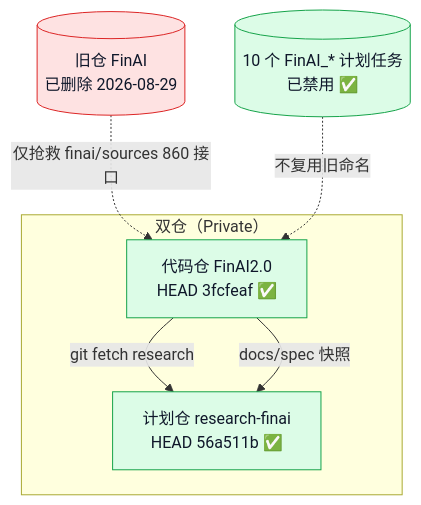
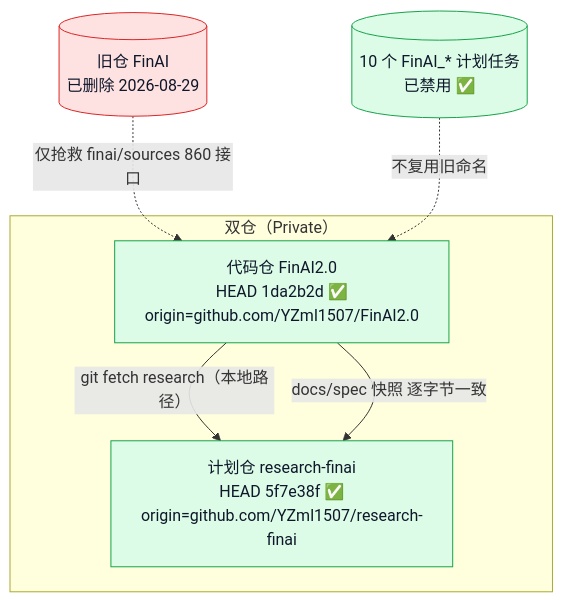
The first of 4 diagrams in docs/project_status_flowchart.md (YZml1507/FinAI2.0), drawn with Mermaid before and after one commit. The commit also changed other lines of this file and 1 other file, not shown here.

Commit message:
docs: 流程图状态标记 — Phase 0(T101–T104)清零 / T001 飞书拍板 / T105–T108 实现中 / HEADs 1da2b2d+5f7e38f

````diff
--- a/docs/project_status_flowchart.md
+++ b/docs/project_status_flowchart.md
@@ -9,17 +9,17 @@
 ```mermaid
 flowchart TD
   subgraph REPO["双仓（Private）"]
-    F[代码仓 FinAI2.0<br/>HEAD 3fcfeaf ✅] 
-    R[计划仓 research-finai<br/>HEAD 56a511b ✅]
-    F -->|git fetch research| R
-    F -->|docs/spec 快照| R
+    F[代码仓 FinAI2.0<br/>HEAD 1da2b2d ✅<br/>origin=github.com/YZml1507/FinAI2.0] 
+    R[计划仓 research-finai<br/>HEAD 5f7e38f ✅<br/>origin=github.com/YZml1507/research-finai]
+    F -->|git fetch research（本地路径）| R
+    F -->|docs/spec 快照 逐字节一致| R
   end
   DEL[(旧仓 FinAI<br/>已删除 2026-08-29)]
   TASK[(10 个 FinAI_* 计划任务<br/>已禁用 ✅)]
   DEL -.->|仅抢救 finai/sources 860 接口| F
   TASK -.->|不复用旧命名| F
   style F fill:#dcfce7,stroke:#16a34a,color:#0f172a
   style R fill:#dcfce7,stroke:#16a34a,color:#0f172a
   style DEL fill:#fee2e2,stroke:#dc2626,color:#0f172a
   style TASK fill:#dcfce7,stroke:#16a34a,color:#0f172a
 ```
````
